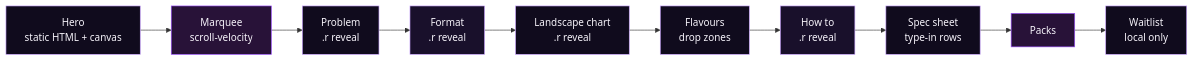
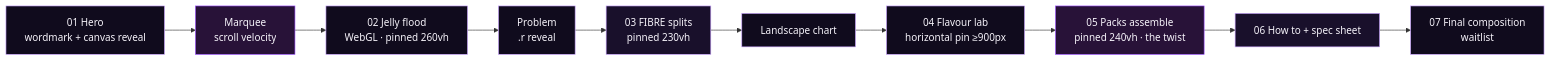
The first of 3 diagrams in README.md (Sanskaari69/psy-fibre), drawn with Mermaid before and after one commit. The commit also changed other lines of this file and 3 other files, not shown here.

````diff
--- a/README.md
+++ b/README.md
@@ -21,7 +21,7 @@
 ```mermaid
 flowchart LR
   classDef plum fill:#100B1D,stroke:#C9A3FF,color:#F6F3FA
   classDef rise fill:#19102B,stroke:#C9A3FF,color:#F6F3FA
   classDef purple fill:#281238,stroke:#9B4DFF,color:#F6F3FA
-  H["Hero<br/>static HTML + canvas"]:::plum --> M["Marquee<br/>scroll-velocity"]:::purple --> P["Problem<br/>.r reveal"]:::plum --> F["Format<br/>.r reveal"]:::rise --> C["Landscape chart<br/>.r reveal"]:::plum --> FL["Flavours<br/>drop zones"]:::plum --> U["How to<br/>.r reveal"]:::rise --> S["Spec sheet<br/>type-in rows"]:::plum --> K["Packs"]:::purple --> W["Waitlist<br/>local only"]:::plum
+  H["01 Hero<br/>wordmark + canvas reveal"]:::plum --> M["Marquee<br/>scroll velocity"]:::purple --> F["02 Jelly flood<br/>WebGL · pinned 260vh"]:::plum --> P["Problem<br/>.r reveal"]:::plum --> A["03 FIBRE splits<br/>pinned 230vh"]:::rise --> C["Landscape chart"]:::plum --> L["04 Flavour lab<br/>horizontal pin ≥900px"]:::plum --> K["05 Packs assemble<br/>pinned 240vh · the twist"]:::purple --> S["06 How to + spec sheet"]:::rise --> W["07 Final composition<br/>waitlist"]:::plum
 ```
````
